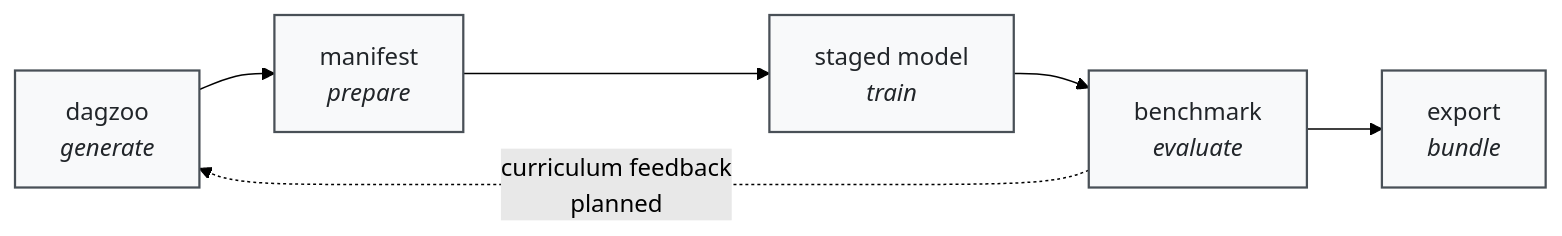
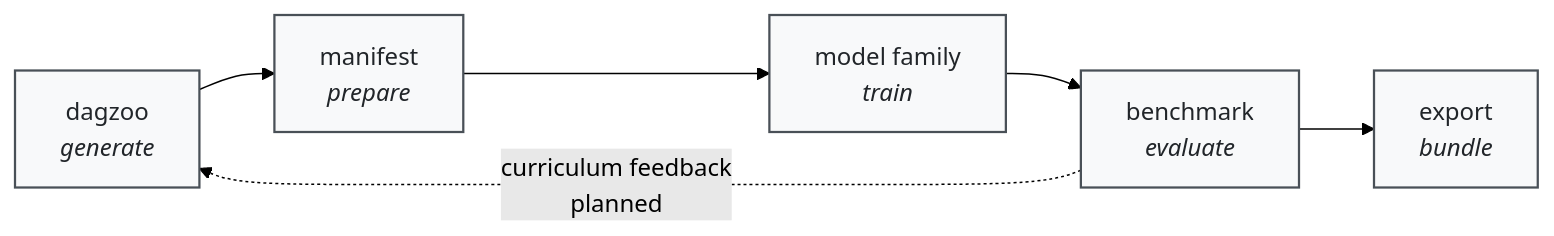
One commit to bensonlee5/tab-foundry changed the first of 2 diagrams in README.md. Above: the diagram before and after it, drawn with Mermaid (forest theme). The commit also changed other lines of this file and 28 other files, not shown here.

````diff
--- a/README.md
+++ b/README.md
@@ -23,11 +24,11 @@
 ```mermaid
 graph LR
     A[dagzoo<br><i>generate</i>] --> B[manifest<br><i>prepare</i>]
-    B --> C[staged model<br><i>train</i>]
+    B --> C[model family<br><i>train</i>]
     C --> D[benchmark<br><i>evaluate</i>]
     D --> E[export<br><i>bundle</i>]
     D -.->|curriculum feedback<br>planned| A
 
     classDef default fill:#f8f9fa,stroke:#495057,stroke-width:1.5px,color:#212529
     classDef planned fill:#f8f9fa,stroke:#adb5bd,stroke-width:1px,stroke-dasharray:5 5
 ```
````
